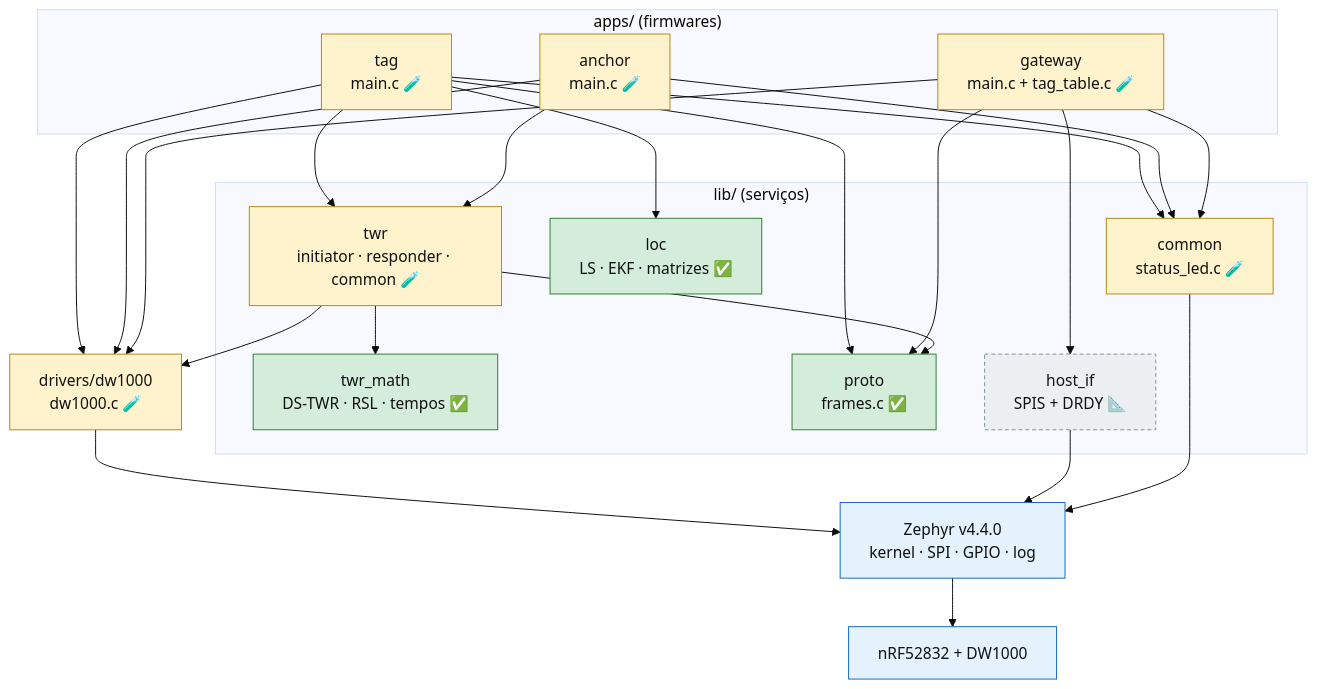
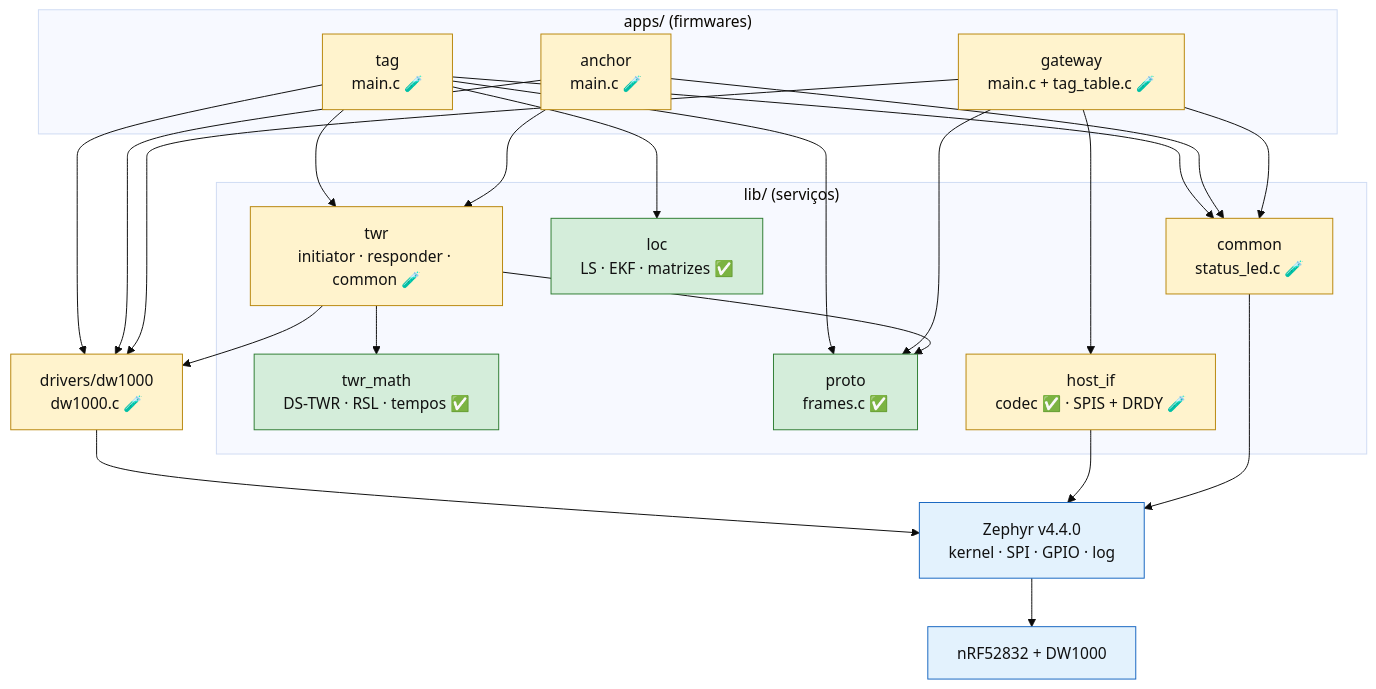
One commit to MauroTony/dwm1001-rtls-fw changed the second of 16 diagrams in docs/09-guia-do-codigo.md. Above: the diagram before and after it, drawn with Mermaid (base theme). The commit also changed other lines of this file and 3 other files, not shown here.

````diff
--- a/docs/09-guia-do-codigo.md
+++ b/docs/09-guia-do-codigo.md
@@ -60,28 +61,28 @@
 ```mermaid
 flowchart TB
     subgraph APPS["apps/ (firmwares)"]
         tag["tag<br/>main.c 🧪"]:::bench
         anchor["anchor<br/>main.c 🧪"]:::bench
         gw["gateway<br/>main.c + tag_table.c 🧪"]:::bench
     end
     subgraph LIB["lib/ (serviços)"]
         twr["twr<br/>initiator · responder · common 🧪"]:::bench
         math["twr_math<br/>DS-TWR · RSL · tempos ✅"]:::ok
         proto["proto<br/>frames.c ✅"]:::ok
         loc["loc<br/>LS · EKF · matrizes ✅"]:::ok
-        hif["host_if<br/>SPIS + DRDY 📐"]:::stub
+        hif["host_if<br/>codec ✅ · SPIS + DRDY 🧪"]:::bench
         led["common<br/>status_led.c 🧪"]:::bench
     end
     drv["drivers/dw1000<br/>dw1000.c 🧪"]:::bench
     zep["Zephyr v4.4.0<br/>kernel · SPI · GPIO · log"]:::ext
     hw["nRF52832 + DW1000"]:::ext
     tag --> twr & loc & proto & led & drv
     anchor --> twr & led & drv
     gw --> proto & hif & led & drv
     twr --> math & proto & drv
     drv & hif & led --> zep --> hw
     classDef ok fill:#d4edda,stroke:#2e7d32,color:#111
     classDef bench fill:#fff3cd,stroke:#b8860b,color:#111
     classDef stub fill:#eceff1,stroke:#78909c,color:#111,stroke-dasharray:4 3
     classDef ext fill:#e3f2fd,stroke:#1565c0,color:#111
 ```
````
